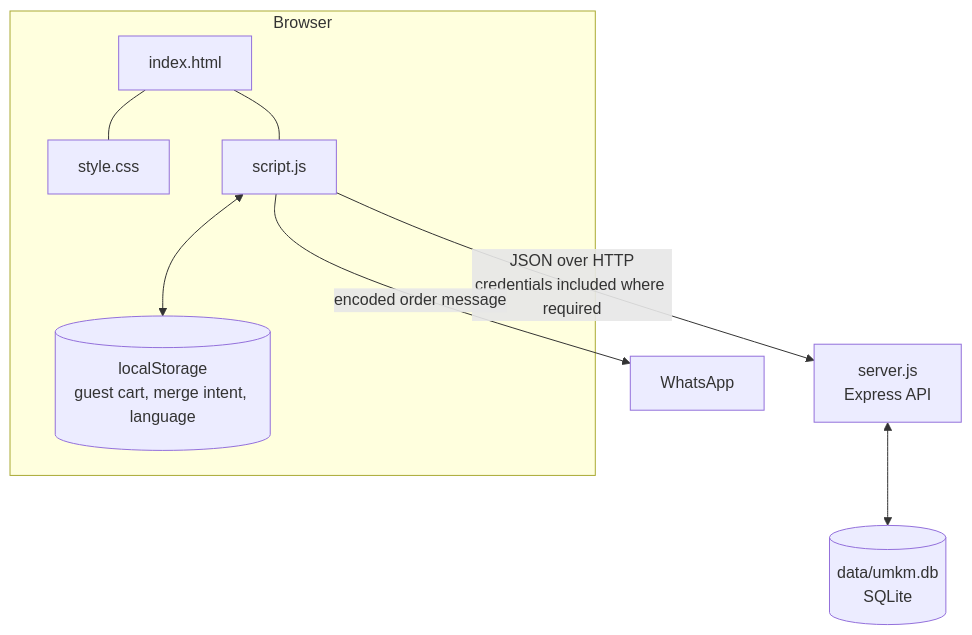
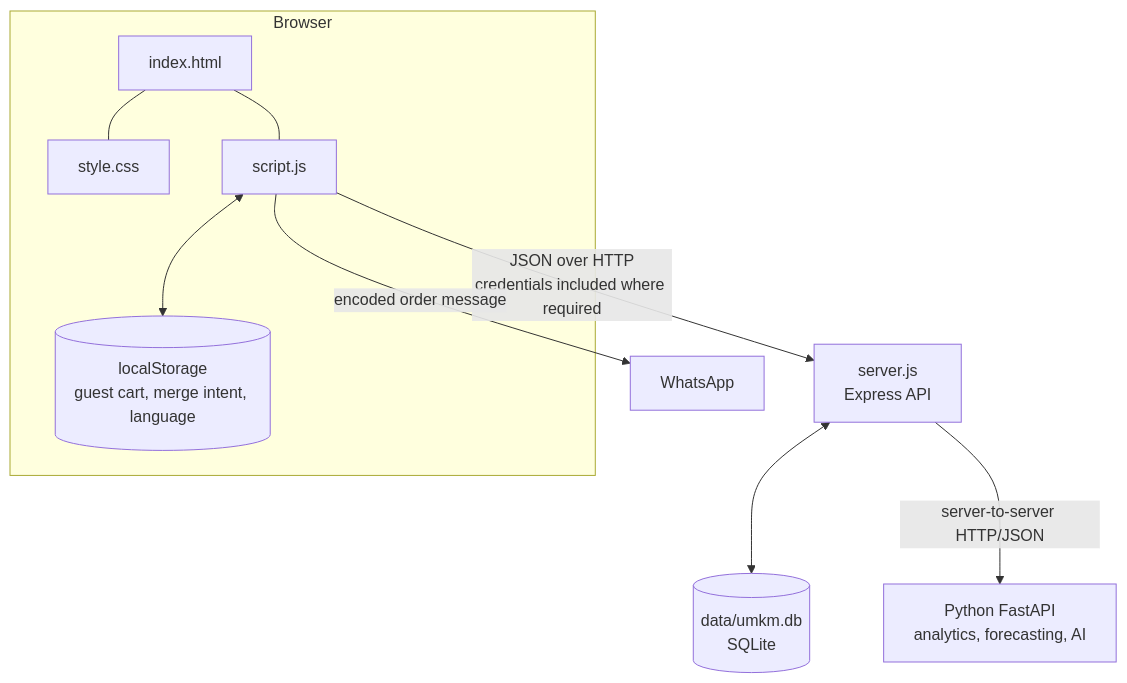
The first of 4 diagrams in docs/ARCHITECTURE.md (thoriqasnan/umkm-kuliner-profile), drawn with Mermaid before and after one commit. The commit also changed other lines of this file and 37 other files, not shown here.

````diff
--- a/docs/ARCHITECTURE.md
+++ b/docs/ARCHITECTURE.md
@@ -11,20 +11,22 @@
 ```mermaid
 flowchart TB
     subgraph Browser
         HTML[index.html]
         CSS[style.css]
         JS[script.js]
         Storage[(localStorage<br/>guest cart, merge intent, language)]
         HTML --- CSS
         HTML --- JS
         JS <--> Storage
     end
 
     API[server.js<br/>Express API]
     DB[(data/umkm.db<br/>SQLite)]
+    PY[Python FastAPI<br/>analytics, forecasting, AI]
     WA[WhatsApp]
 
     JS -->|JSON over HTTP<br/>credentials included where required| API
     API <--> DB
+    API -->|server-to-server HTTP/JSON| PY
     JS -->|encoded order message| WA
 ```
````
